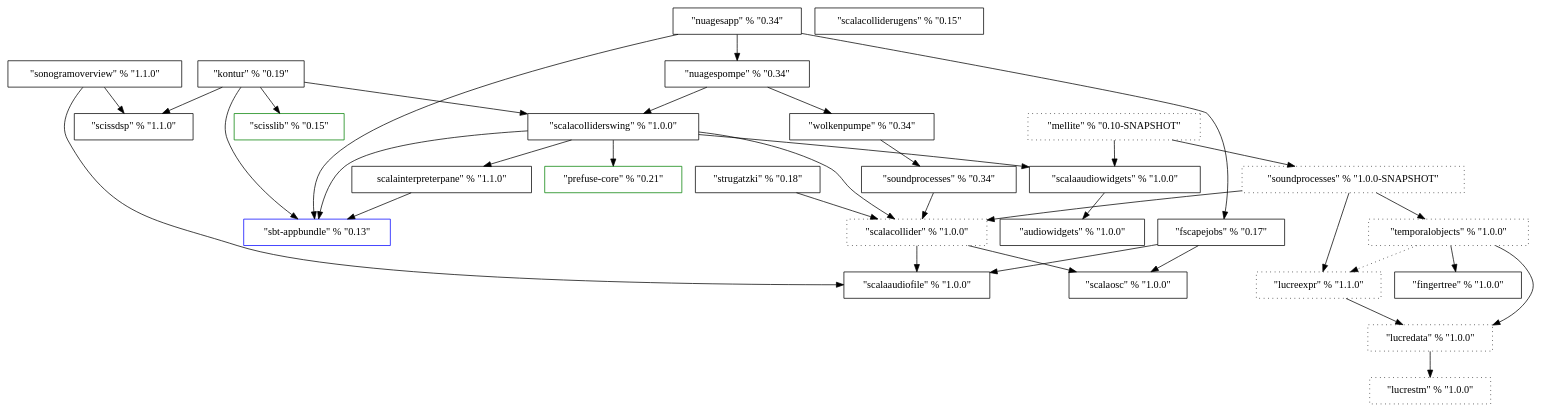
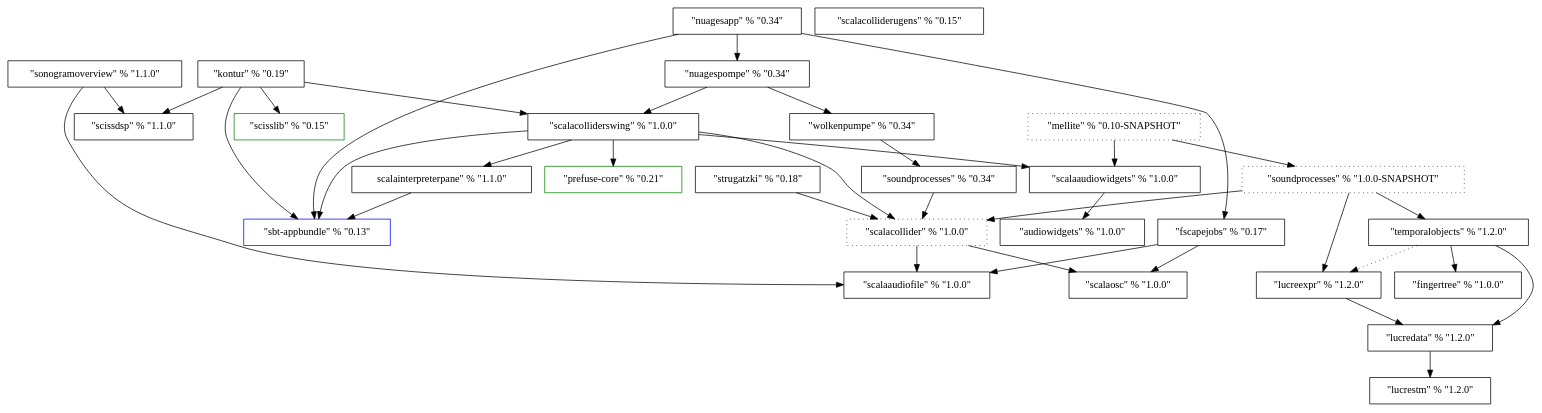
The diagram in ProjectDependencies/dep.dot (Sciss/HistoricalCode), drawn with Graphviz before and after one commit.

```diff
--- a/ProjectDependencies/dep.dot
+++ b/ProjectDependencies/dep.dot
@@ -1,65 +1,65 @@
 digraph G {
 	ScalaOSC [label="\"scalaosc\" % \"1.0.0\"", shape=box];
 	ScalaAudioFile [label="\"scalaaudiofile\" % \"1.0.0\"", shape=box];
 	FScapeJobs [label="\"fscapejobs\" % \"0.17\"", shape=box];
 	AudioWidgets [label="\"audiowidgets\" % \"1.0.0\"", shape=box];
 	ScalaAudioWidgets [label="\"scalaaudiowidgets\" % \"1.0.0\"", shape=box];
 	SbtAppbundle [label="\"sbt-appbundle\" % \"0.13\"", shape=Box, color=blue];
 	ScissDSP [label="\"scissdsp\" % \"1.1.0\"", shape=Box];
 	SonogramOverview [label="\"sonogramoverview\" % \"1.1.0\"", shape=Box];
 	ScalaCollider [label="\"scalacollider\" % \"1.0.0\"", shape=Box, style=dotted];
 	Strugatzki [label="\"strugatzki\" % \"0.18\"", shape=Box];
 	ScalaInterpreterPane [label="\scalainterpreterpane\" % \"1.1.0\"", shape=Box];
 	PrefuseCore [label="\"prefuse-core\" % \"0.21\"", shape=Box, color=green];
 	ScalaColliderSwing [label="\"scalacolliderswing\" % \"1.0.0\"", shape=Box];
 	SoundProcesses [label="\"soundprocesses\" % \"0.34\"", shape=Box];
 	Wolkenpumpe [label="\"wolkenpumpe\" % \"0.34\"", shape=Box];
 	NuagesPompe [label="\"nuagespompe\" % \"0.34\"", shape=Box];
 	NuagesApp [label="\"nuagesapp\" % \"0.34\"", shape=Box];
 	ScissLib [label="\"scisslib\" % \"0.15\"", shape=Box, color=green];
 	Kontur [label="\"kontur\" % \"0.19\"", shape=Box];
 	FingerTree [label="\"fingertree\" % \"1.0.0\"", shape=Box];
 	ScalaColliderUGens [label="\"scalacolliderugens\" % \"0.15\"", shape=Box];
-	LucreSTM [label="\"lucrestm\" % \"1.0.0\"", shape=Box, style=dotted];
-	LucreData [label="\"lucredata\" % \"1.0.0\"", shape=Box, style=dotted];
-	LucreExpr [label="\"lucreexpr\" % \"1.1.0\"", shape=Box, style=dotted];
-	TemporalObjects [label="\"temporalobjects\" % \"1.0.0\"", shape=Box, style=dotted];
+	LucreSTM [label="\"lucrestm\" % \"1.2.0\"", shape=Box];
+	LucreData [label="\"lucredata\" % \"1.2.0\"", shape=Box];
+	LucreExpr [label="\"lucreexpr\" % \"1.2.0\"", shape=Box];
+	TemporalObjects [label="\"temporalobjects\" % \"1.2.0\"", shape=Box];
 	SoundProcesses3 [label="\"soundprocesses\" % \"1.0.0-SNAPSHOT\"", shape=Box, style=dotted];
 	Mellite [label="\"mellite\" % \"0.10-SNAPSHOT\"", shape=Box, style=dotted];
 	
 	FScapeJobs -> ScalaOSC;
 	FScapeJobs -> ScalaAudioFile;
 	ScalaAudioWidgets -> AudioWidgets;
 	SonogramOverview -> ScalaAudioFile;
 	SonogramOverview -> ScissDSP;
 	ScalaCollider -> ScalaOSC;
 	ScalaCollider -> ScalaAudioFile;
 	Strugatzki -> ScalaCollider;
 	ScalaInterpreterPane -> SbtAppbundle;
 	ScalaColliderSwing -> SbtAppbundle;
 	ScalaColliderSwing -> ScalaCollider;
 	ScalaColliderSwing -> ScalaInterpreterPane;
 	ScalaColliderSwing -> PrefuseCore;
 	ScalaColliderSwing -> ScalaAudioWidgets;
 	SoundProcesses -> ScalaCollider;
 	Wolkenpumpe -> SoundProcesses;
 	NuagesPompe -> Wolkenpumpe;
 	NuagesPompe -> ScalaColliderSwing;
 	NuagesApp -> SbtAppbundle;
 	NuagesApp -> NuagesPompe;
 	NuagesApp -> FScapeJobs;
 	Kontur -> SbtAppbundle;
 	Kontur -> ScalaColliderSwing;
 	Kontur -> ScissDSP;
 	Kontur -> ScissLib;
 	LucreData -> LucreSTM;
    LucreExpr -> LucreData;
 	TemporalObjects -> FingerTree;
 	TemporalObjects -> LucreData;
 	TemporalObjects -> LucreExpr [style=dotted];
 	SoundProcesses3 -> ScalaCollider;
 	SoundProcesses3 -> TemporalObjects;
 	SoundProcesses3 -> LucreExpr;
 	Mellite -> SoundProcesses3;
 	Mellite -> ScalaAudioWidgets;
 }
```
